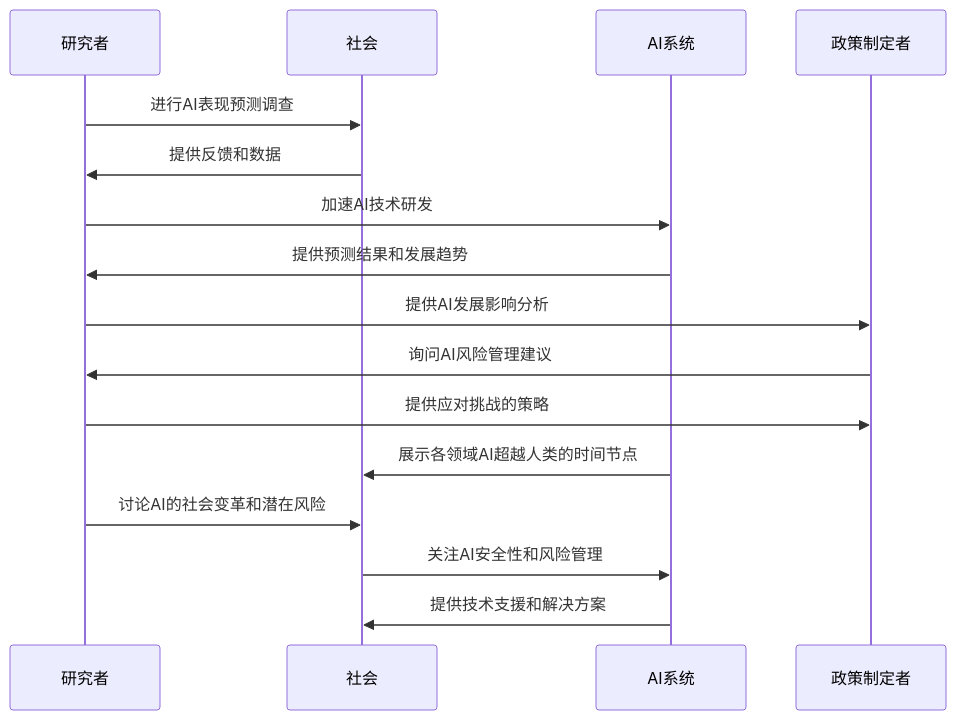
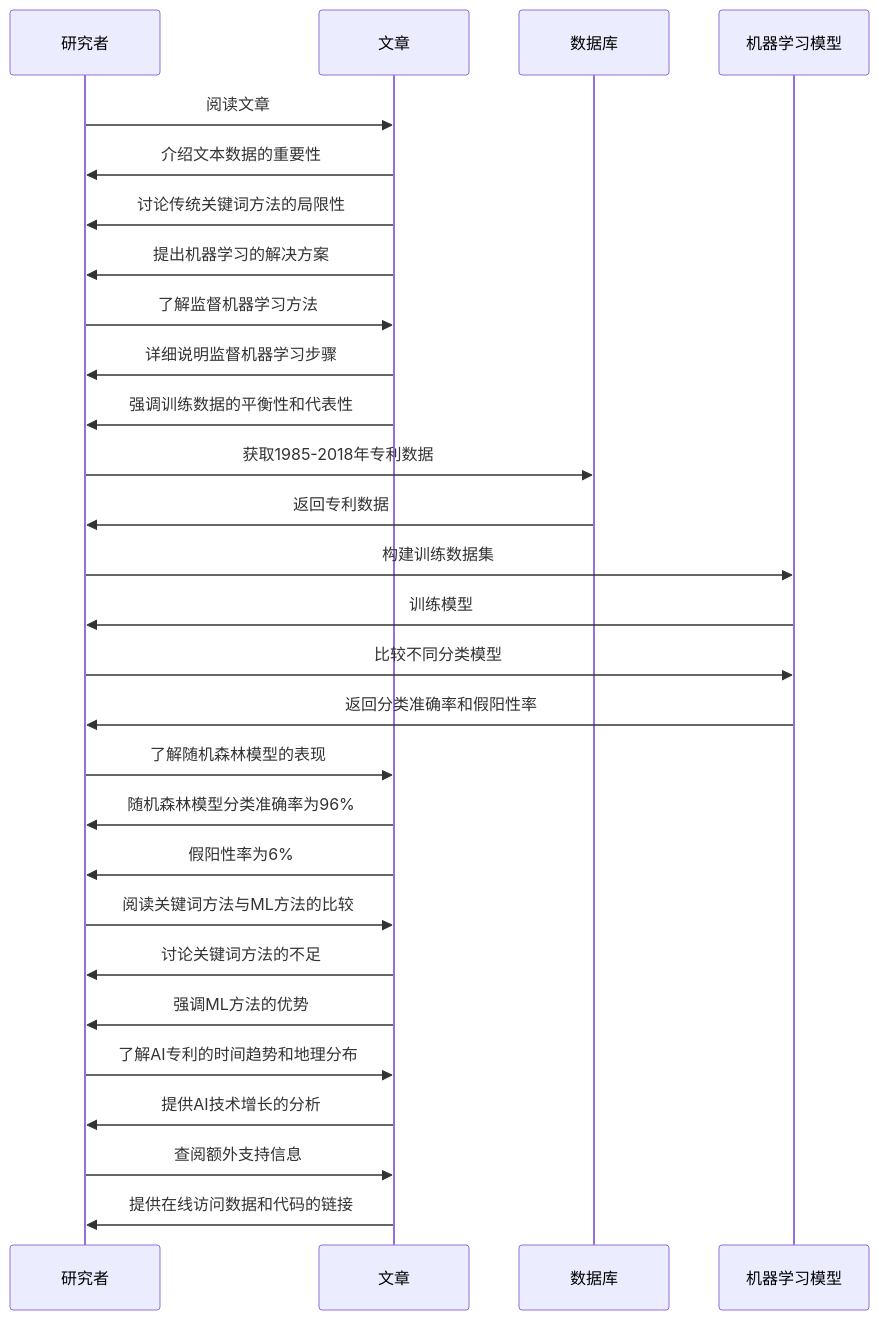
Before and after one commit to Fabreque/charles: the fourth of 4 diagrams in AI技术类文章.md, drawn with Mermaid. The commit also changed other lines of this file, not shown here.

````diff
--- a/AI技术类文章.md
+++ b/AI技术类文章.md
@@ -159,22 +201,39 @@
 ```mermaid
 sequenceDiagram
     participant R as 研究者
-    participant S as 社会
-    participant A as AI系统
-    participant P as 政策制定者
+    participant A as 文章
+    participant D as 数据库
+    participant M as 机器学习模型
 
-    R->>S: 进行AI表现预测调查
-    S->>R: 提供反馈和数据
-    R->>A: 加速AI技术研发
-    A->>R: 提供预测结果和发展趋势
+    R->>A: 阅读文章
+    A->>R: 介绍文本数据的重要性
+    A->>R: 讨论传统关键词方法的局限性
+    A->>R: 提出机器学习的解决方案
 
-    R->>P: 提供AI发展影响分析
-    P->>R: 询问AI风险管理建议
-    R->>P: 提供应对挑战的策略
+    R->>A: 了解监督机器学习方法
+    A->>R: 详细说明监督机器学习步骤
+    A->>R: 强调训练数据的平衡性和代表性
 
-    A->>S: 展示各领域AI超越人类的时间节点
-    R->>S: 讨论AI的社会变革和潜在风险
+    R->>D: 获取1985-2018年专利数据
+    D->>R: 返回专利数据
 
-    S->>A: 关注AI安全性和风险管理
-    A->>S: 提供技术支援和解决方案
+    R->>M: 构建训练数据集
+    M->>R: 训练模型
+
+    R->>M: 比较不同分类模型
+    M->>R: 返回分类准确率和假阳性率
+
+    R->>A: 了解随机森林模型的表现
+    A->>R: 随机森林模型分类准确率为96%
+    A->>R: 假阳性率为6%
+
+    R->>A: 阅读关键词方法与ML方法的比较
+    A->>R: 讨论关键词方法的不足
+    A->>R: 强调ML方法的优势
+
+    R->>A: 了解AI专利的时间趋势和地理分布
+    A->>R: 提供AI技术增长的分析
+
+    R->>A: 查阅额外支持信息
+    A->>R: 提供在线访问数据和代码的链接
 ```
````
